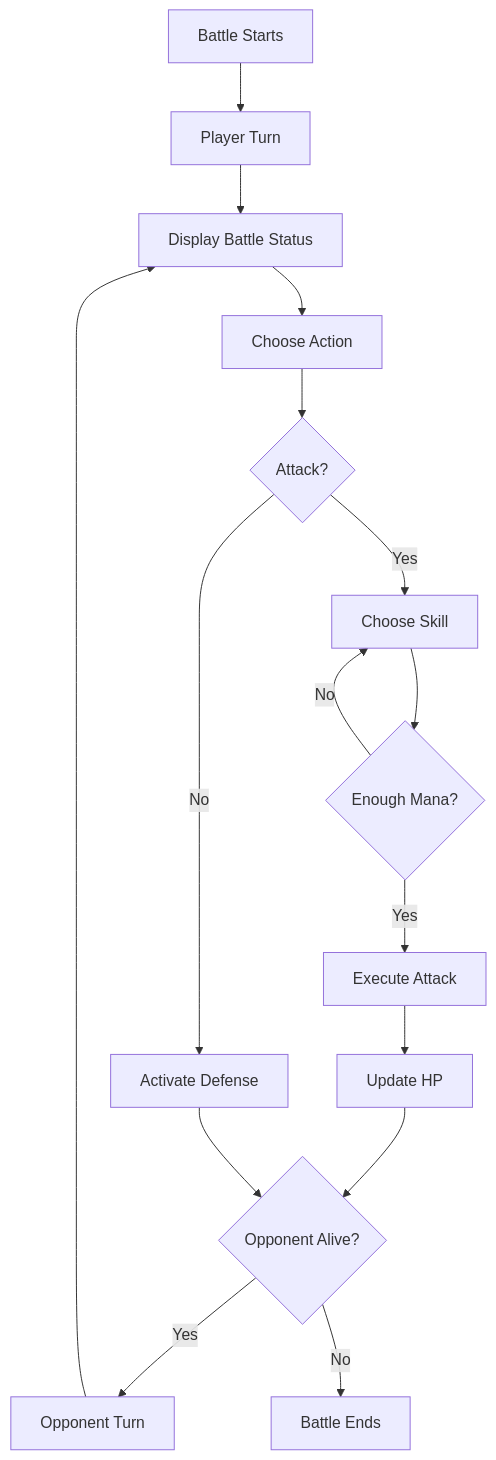
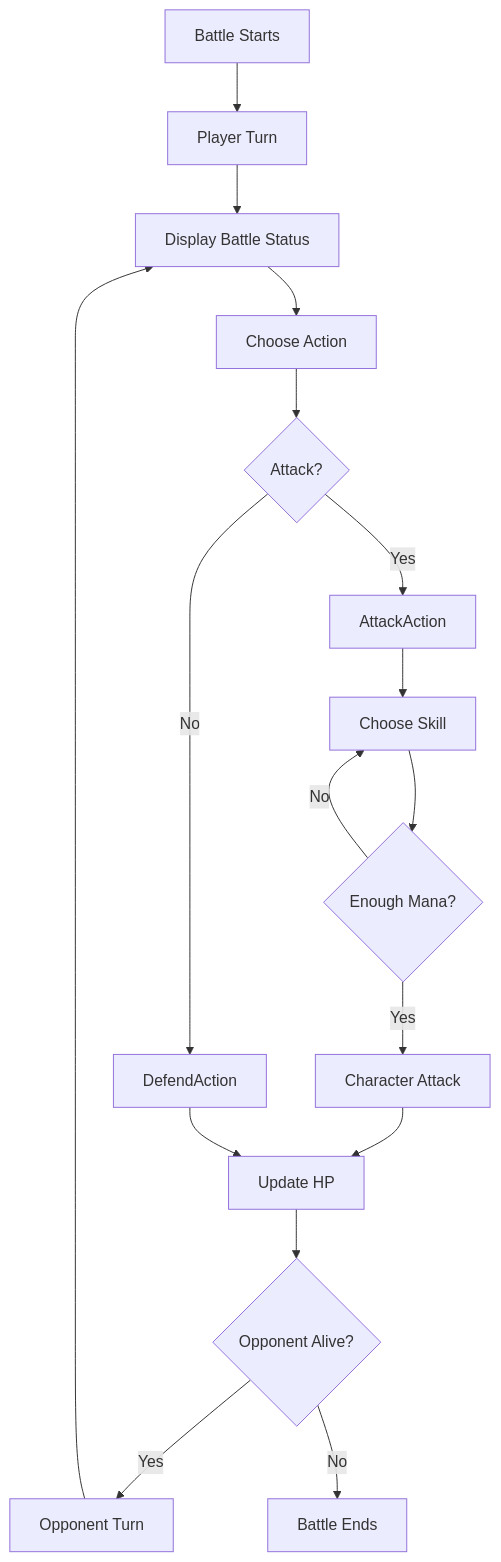
The first of 3 diagrams in README.md (G4vi1/Turn-based-battle-game), drawn with Mermaid before and after one commit. The commit also changed other lines of this file and 9 other files, not shown here.

````diff
--- a/README.md
+++ b/README.md
@@ -31,35 +41,37 @@
 ```mermaid
 flowchart TD
 
 A[Battle Starts]
 
 A --> B[Player Turn]
 
 B --> C[Display Battle Status]
 
 C --> D[Choose Action]
 
 D --> E{Attack?}
 
-E -- Yes --> F[Choose Skill]
+E -- Yes --> F[AttackAction]
 
-F --> G{Enough Mana?}
+F --> G[Choose Skill]
 
-G -- No --> F
+G --> H{Enough Mana?}
 
-G -- Yes --> H[Execute Attack]
+H -- No --> G
 
-H --> I[Update HP]
+H -- Yes --> I[Character Attack]
 
-E -- No --> J[Activate Defense]
+E -- No --> J[DefendAction]
 
-I --> K{Opponent Alive?}
+I --> K[Update HP]
 
 J --> K
 
-K -- Yes --> L[Opponent Turn]
+K --> L{Opponent Alive?}
 
-L --> C
+L -- Yes --> M[Opponent Turn]
 
-K -- No --> M[Battle Ends]
+M --> C
+
+L -- No --> N[Battle Ends]
 ```
````
